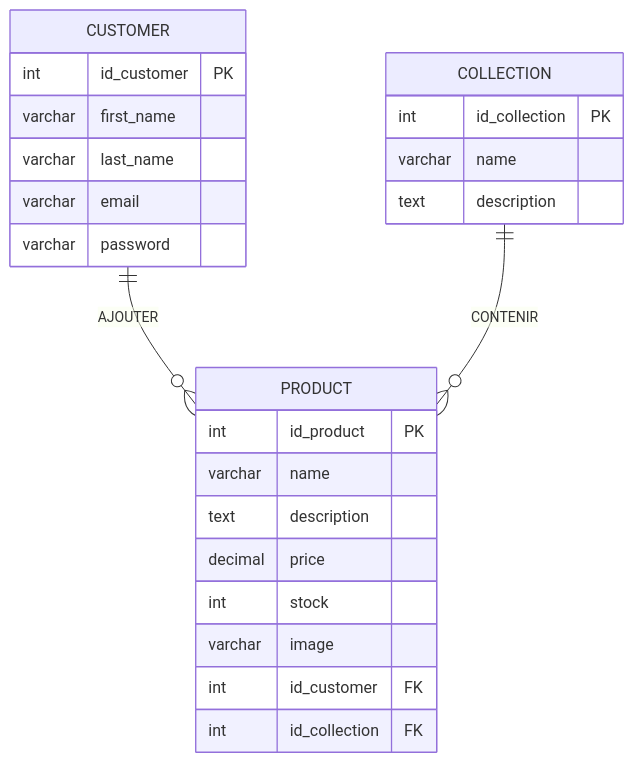
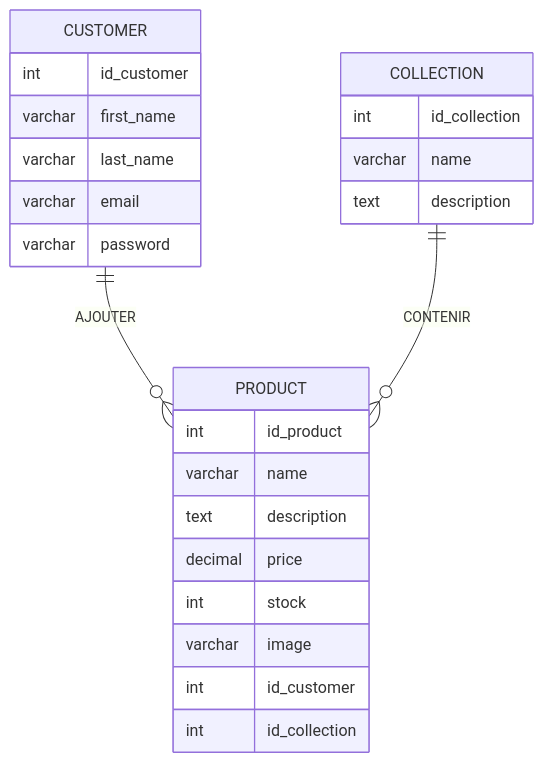
One commit to oumaima-mahfoud-mobile-dev-solicode/session-0 changed the diagram in prototype/data_base/mcd.md. Above: the diagram before and after it, drawn with Mermaid.

Commit message:
update mcd again

`````diff
--- a/prototype/data_base/mcd.md
+++ b/prototype/data_base/mcd.md
@@ -3,31 +3,31 @@
 ```mermaid
 erDiagram
 
     CUSTOMER {
-        int id_customer PK
+        int id_customer 
         varchar first_name
         varchar last_name
         varchar email
         varchar password
     }
 
     COLLECTION {
-        int id_collection PK
+        int id_collection 
         varchar name
         text description
     }
 
     PRODUCT {
-        int id_product PK
+        int id_product 
         varchar name
         text description
         decimal price
         int stock
         varchar image
-        int id_customer FK
-        int id_collection FK
+        int id_customer 
+        int id_collection 
     }
 
     CUSTOMER ||--o{ PRODUCT : AJOUTER
     COLLECTION ||--o{ PRODUCT : CONTENIR
  ````
`````
